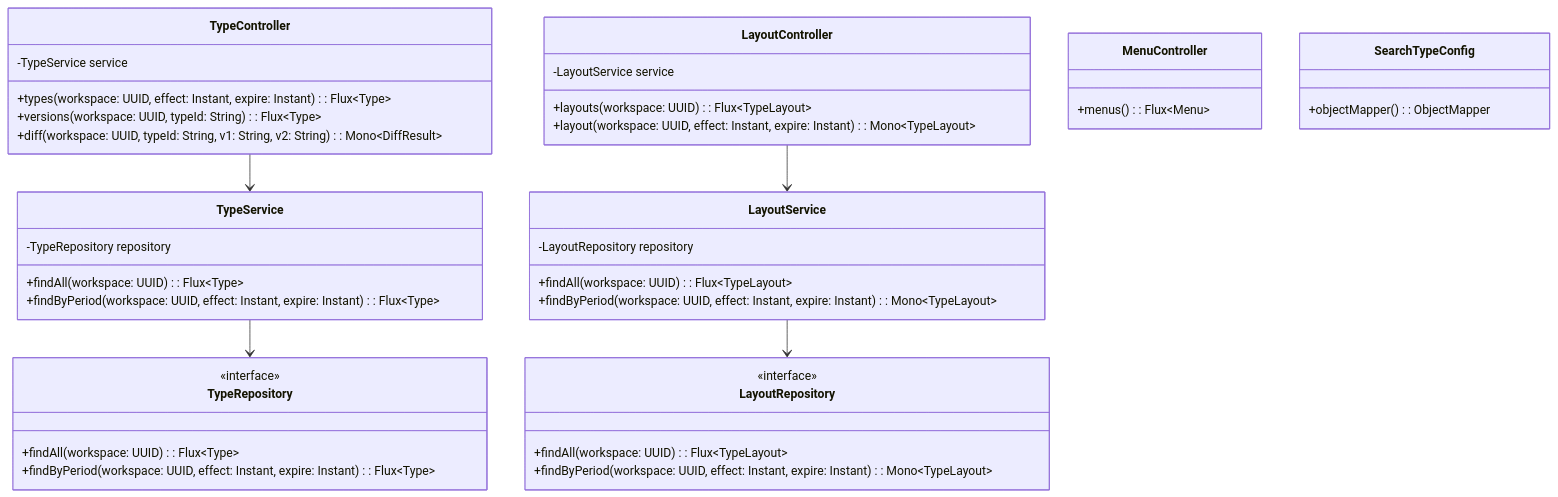
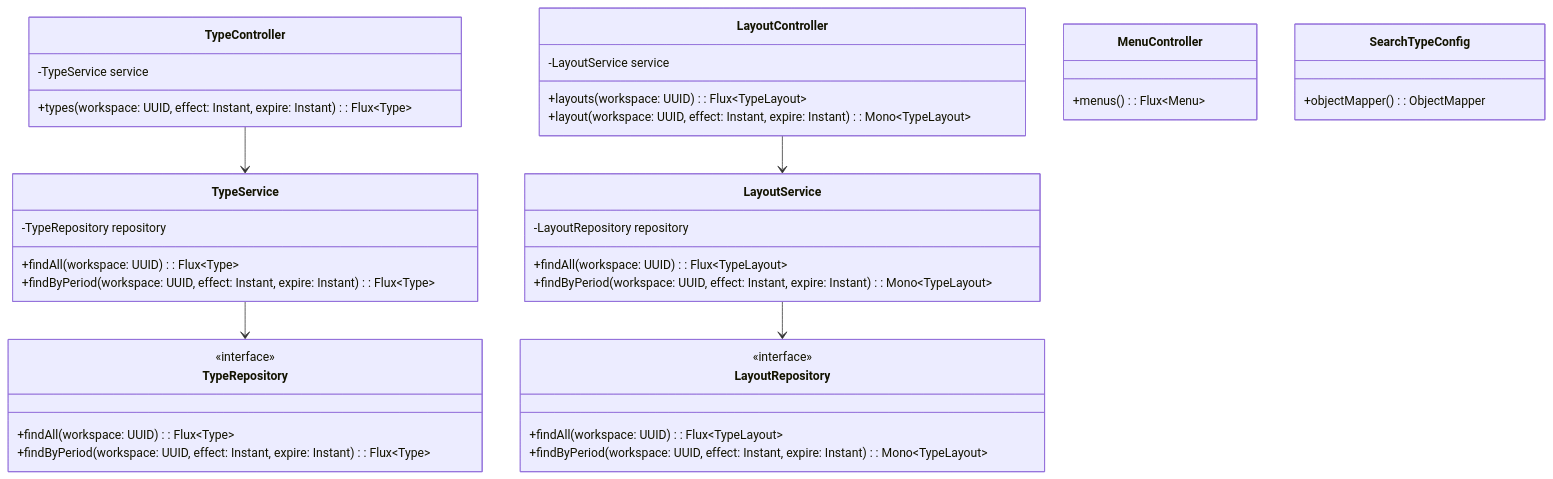
The diagram in search-type/CLASS-DIAGRAM.md (sayaya1090/handbook), drawn with Mermaid before and after one commit. The commit also changed 645 other files, not shown here.

````diff
--- a/search-type/CLASS-DIAGRAM.md
+++ b/search-type/CLASS-DIAGRAM.md
@@ -3,52 +3,50 @@
 ```mermaid
 classDiagram
     class TypeService {
         -TypeRepository repository
         +findAll(workspace: UUID): Flux~Type~
         +findByPeriod(workspace: UUID, effect: Instant, expire: Instant): Flux~Type~
     }
 
     class LayoutService {
         -LayoutRepository repository
         +findAll(workspace: UUID): Flux~TypeLayout~
         +findByPeriod(workspace: UUID, effect: Instant, expire: Instant): Mono~TypeLayout~
     }
 
     class TypeRepository {
         <<interface>>
         +findAll(workspace: UUID): Flux~Type~
         +findByPeriod(workspace: UUID, effect: Instant, expire: Instant): Flux~Type~
     }
 
     class LayoutRepository {
         <<interface>>
         +findAll(workspace: UUID): Flux~TypeLayout~
         +findByPeriod(workspace: UUID, effect: Instant, expire: Instant): Mono~TypeLayout~
     }
 
     class TypeController {
         -TypeService service
         +types(workspace: UUID, effect: Instant, expire: Instant): Flux~Type~
-        +versions(workspace: UUID, typeId: String): Flux~Type~
-        +diff(workspace: UUID, typeId: String, v1: String, v2: String): Mono~DiffResult~
     }
 
     class LayoutController {
         -LayoutService service
         +layouts(workspace: UUID): Flux~TypeLayout~
         +layout(workspace: UUID, effect: Instant, expire: Instant): Mono~TypeLayout~
     }
 
     class MenuController {
         +menus(): Flux~Menu~
     }
 
     class SearchTypeConfig {
         +objectMapper(): ObjectMapper
     }
 
     TypeService --> TypeRepository
     LayoutService --> LayoutRepository
     TypeController --> TypeService
     LayoutController --> LayoutService
 ```
````
